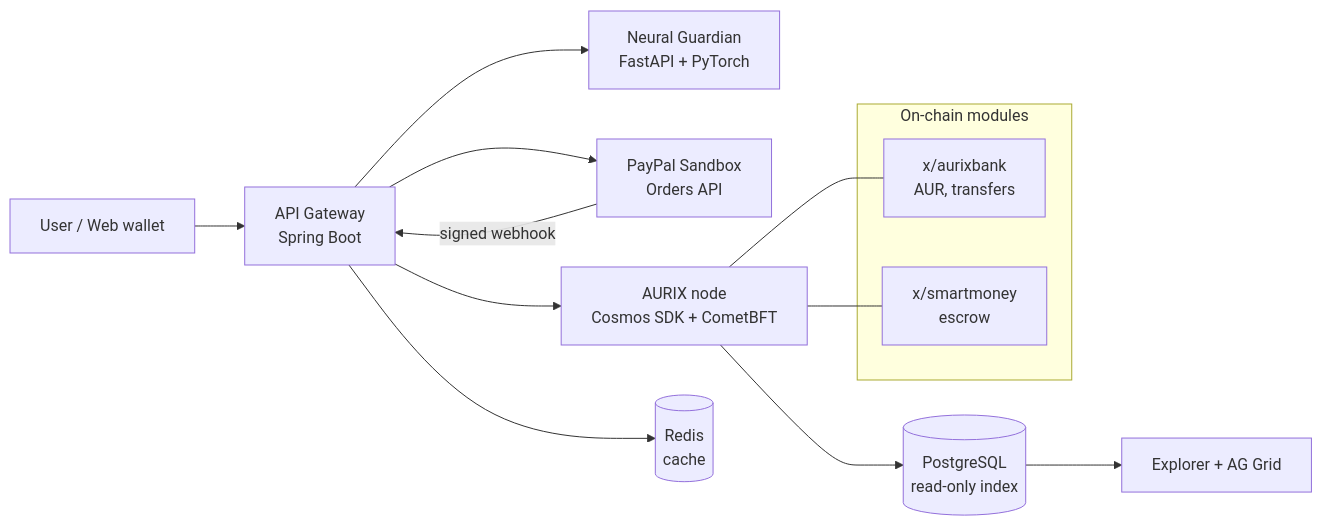
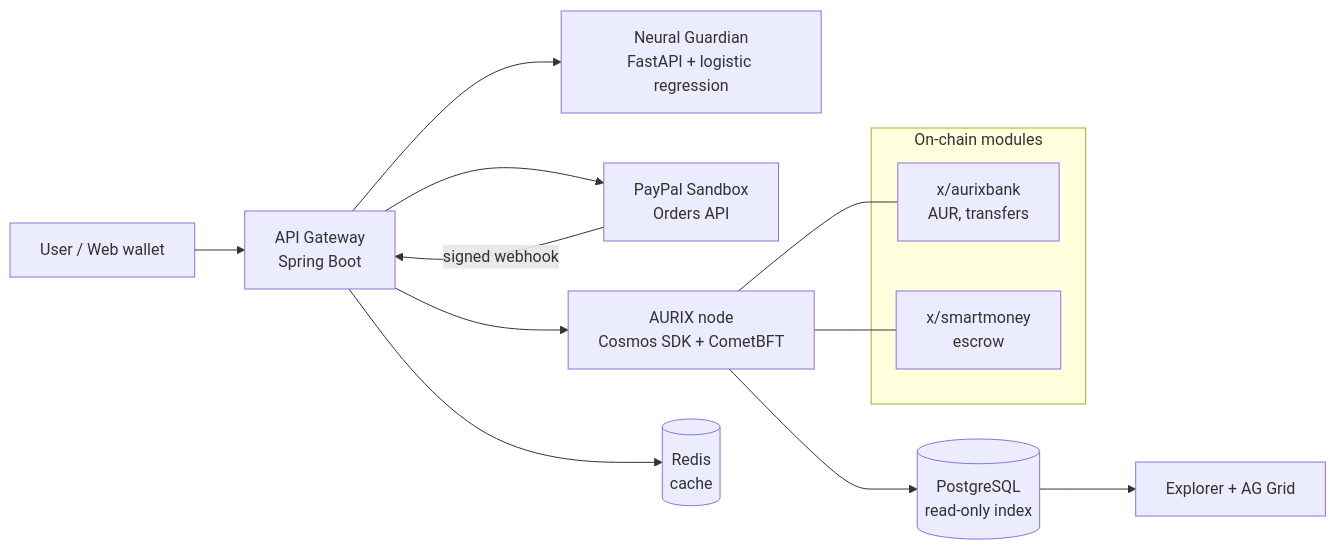
The first of 2 diagrams in AURIX_hackathon_brief.md (joeylukoji/Aurix), drawn with Mermaid before and after one commit. The commit also changed other lines of this file and 65 other files, not shown here.

````diff
--- a/AURIX_hackathon_brief.md
+++ b/AURIX_hackathon_brief.md
@@ -94,17 +94,17 @@
 ```mermaid
 flowchart LR
     U[User / Web wallet] --> GW[API Gateway<br/>Spring Boot]
-    GW --> AI[Neural Guardian<br/>FastAPI + PyTorch]
+    GW --> AI[Neural Guardian<br/>FastAPI + logistic regression]
     GW --> PP[PayPal Sandbox<br/>Orders API]
     PP -- signed webhook --> GW
     GW --> CHAIN[AURIX node<br/>Cosmos SDK + CometBFT]
     subgraph CHAIN_MODULES[On-chain modules]
         BANK[x/aurixbank<br/>AUR, transfers]
         SM[x/smartmoney<br/>escrow]
     end
     CHAIN --- BANK
     CHAIN --- SM
     CHAIN --> IDX[(PostgreSQL<br/>read-only index)]
     GW --> CACHE[(Redis<br/>cache)]
     IDX --> UI[Explorer + AG Grid]
 ```
````
